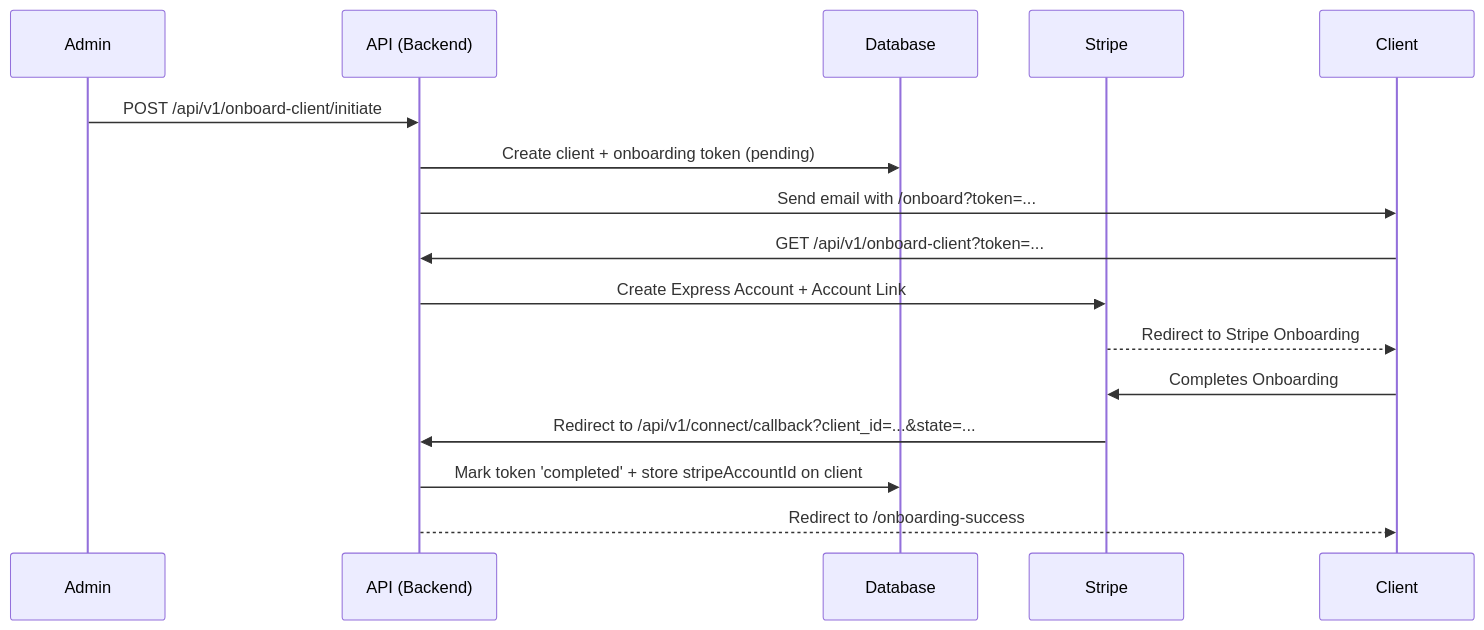
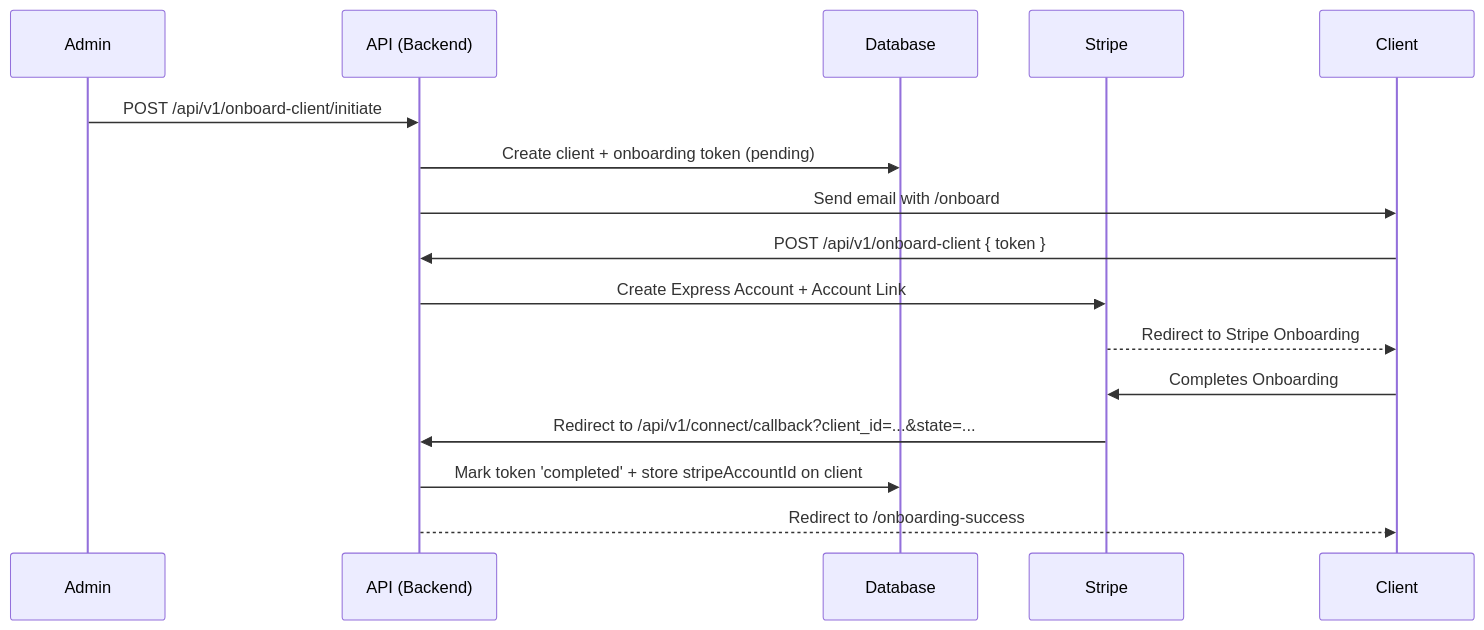
Before and after one commit to DFW-Software-Consulting/dfwsc2.0: the second of 2 diagrams in docs/ARCHITECTURE.md, drawn with Mermaid. The commit also changed 17 other files, not shown here.

````diff
--- a/docs/ARCHITECTURE.md
+++ b/docs/ARCHITECTURE.md
@@ -40,19 +40,19 @@
 ```mermaid
 sequenceDiagram
     participant Admin
     participant A as API (Backend)
     participant DB as Database
     participant S as Stripe
     participant C as Client
 
     Admin->>A: POST /api/v1/onboard-client/initiate
     A->>DB: Create client + onboarding token (pending)
-    A->>C: Send email with /onboard?token=...
-    C->>A: GET /api/v1/onboard-client?token=...
+    A->>C: Send email with /onboard#token=...
+    C->>A: POST /api/v1/onboard-client { token }
     A->>S: Create Express Account + Account Link
     S-->>C: Redirect to Stripe Onboarding
     C->>S: Completes Onboarding
     S->>A: Redirect to /api/v1/connect/callback?client_id=...&state=...
     A->>DB: Mark token 'completed' + store stripeAccountId on client
     A-->>C: Redirect to /onboarding-success
 ```
````
